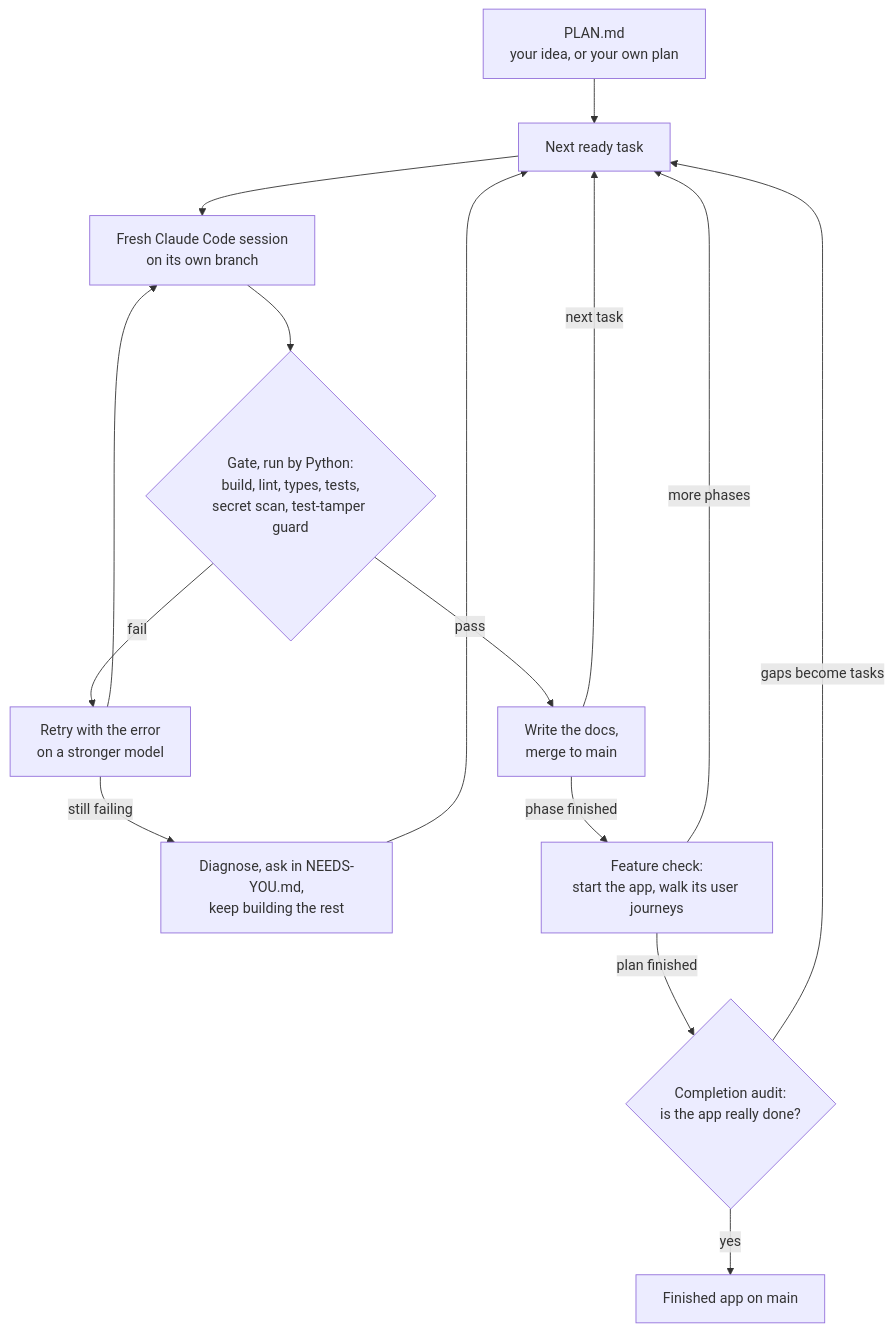
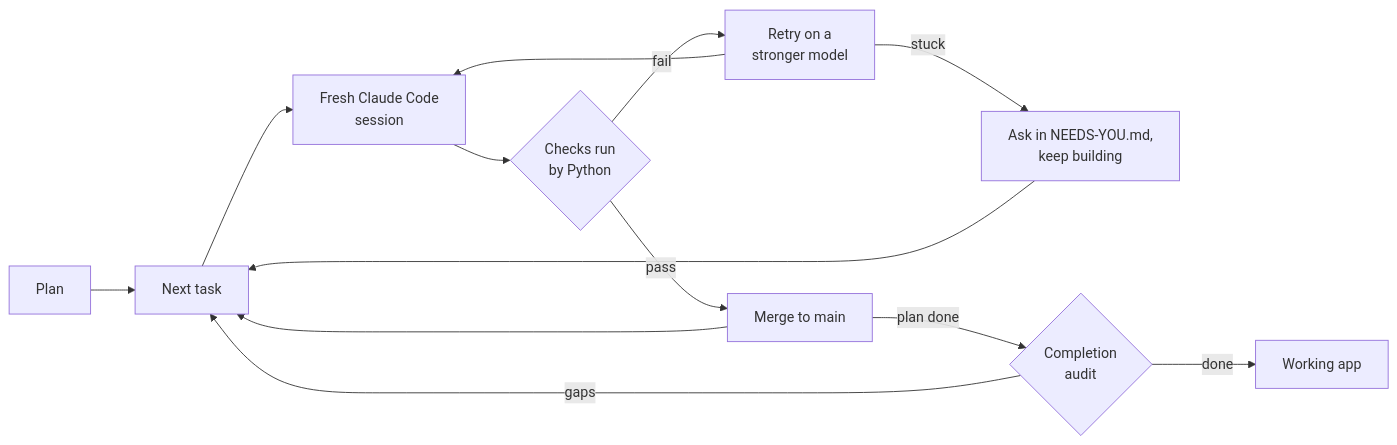
One commit to manishjnv/AutoPilot changed the diagram in README.md. Above: the diagram before and after it, drawn with Mermaid. The commit also changed other lines of this file and 1 other file, not shown here.

First line of the commit message:
docs: a shorter README and a visual architecture page

````diff
--- a/README.md
+++ b/README.md
@@ -99,17 +24,15 @@
 ```mermaid
-flowchart TD
-    plan["PLAN.md<br/>your idea, or your own plan"] --> next["Next ready task"]
-    next --> session["Fresh Claude Code session<br/>on its own branch"]
-    session --> gate{"Gate, run by Python:<br/>build, lint, types, tests,<br/>secret scan, test-tamper guard"}
-    gate -->|pass| merge["Write the docs,<br/>merge to main"]
-    gate -->|fail| retry["Retry with the error<br/>on a stronger model"]
+flowchart LR
+    plan["Plan"] --> task["Next task"]
+    task --> session["Fresh Claude Code<br/>session"]
+    session --> gate{"Checks run<br/>by Python"}
+    gate -->|pass| merge["Merge to main"]
+    gate -->|fail| retry["Retry on a<br/>stronger model"]
     retry --> session
-    retry -->|still failing| park["Diagnose, ask in NEEDS-YOU.md,<br/>keep building the rest"]
-    park --> next
-    merge -->|next task| next
-    merge -->|phase finished| check["Feature check:<br/>start the app, walk its user journeys"]
-    check -->|more phases| next
-    check -->|plan finished| audit{"Completion audit:<br/>is the app really done?"}
-    audit -->|gaps become tasks| next
-    audit -->|yes| done["Finished app on main"]
+    retry -->|stuck| park["Ask in NEEDS-YOU.md,<br/>keep building"]
+    park --> task
+    merge --> task
+    merge -->|plan done| audit{"Completion<br/>audit"}
+    audit -->|gaps| task
+    audit -->|done| app["Working app"]
 ```
````
